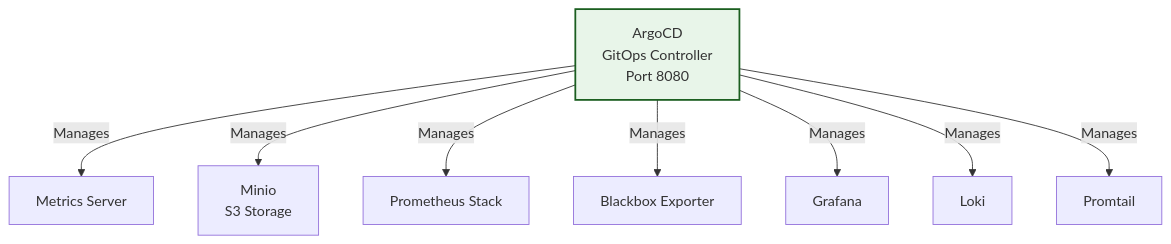
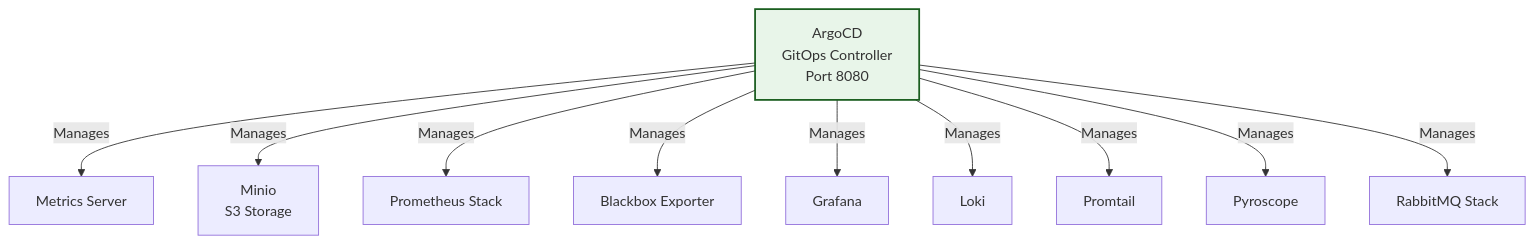
One commit to hortonew/k8s-gitops-lab changed the first of 4 diagrams in ARCHITECTURE.md. Above: the diagram before and after it, drawn with Mermaid. The commit also changed other lines of this file and 4 other files, not shown here.

````diff
--- a/ARCHITECTURE.md
+++ b/ARCHITECTURE.md
@@ -7,23 +7,27 @@
 ```mermaid
 graph TB
     ArgoCD[ArgoCD<br/>GitOps Controller<br/>Port 8080]
     
     MetricsServer[Metrics Server]
     Minio[Minio<br/>S3 Storage]
     Prometheus[Prometheus Stack]
     Blackbox[Blackbox Exporter]
     Grafana[Grafana]
     Loki[Loki]
     Promtail[Promtail]
+    Pyroscope[Pyroscope]
+    RabbitMQ[RabbitMQ Stack]
     
     ArgoCD -->|Manages| MetricsServer
     ArgoCD -->|Manages| Minio
     ArgoCD -->|Manages| Prometheus
     ArgoCD -->|Manages| Blackbox
     ArgoCD -->|Manages| Grafana
     ArgoCD -->|Manages| Loki
     ArgoCD -->|Manages| Promtail
+    ArgoCD -->|Manages| Pyroscope
+    ArgoCD -->|Manages| RabbitMQ
     
     classDef gitops fill:#e8f5e9,stroke:#1b5e20,stroke-width:2px
     class ArgoCD gitops
 ```
````
